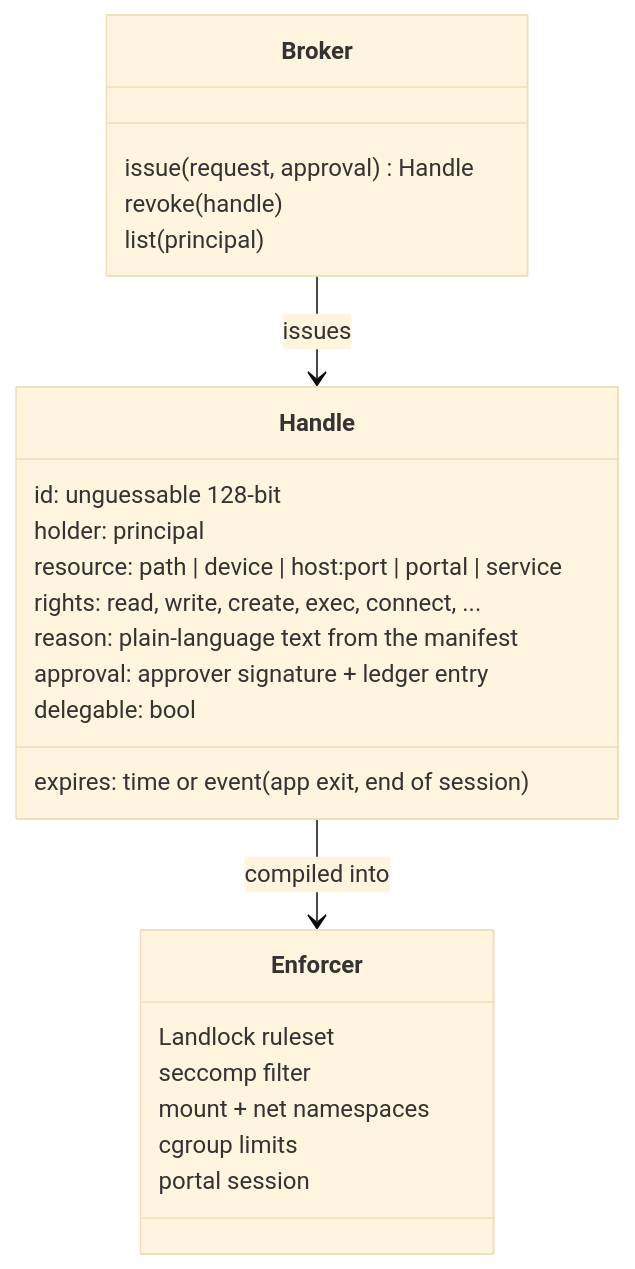
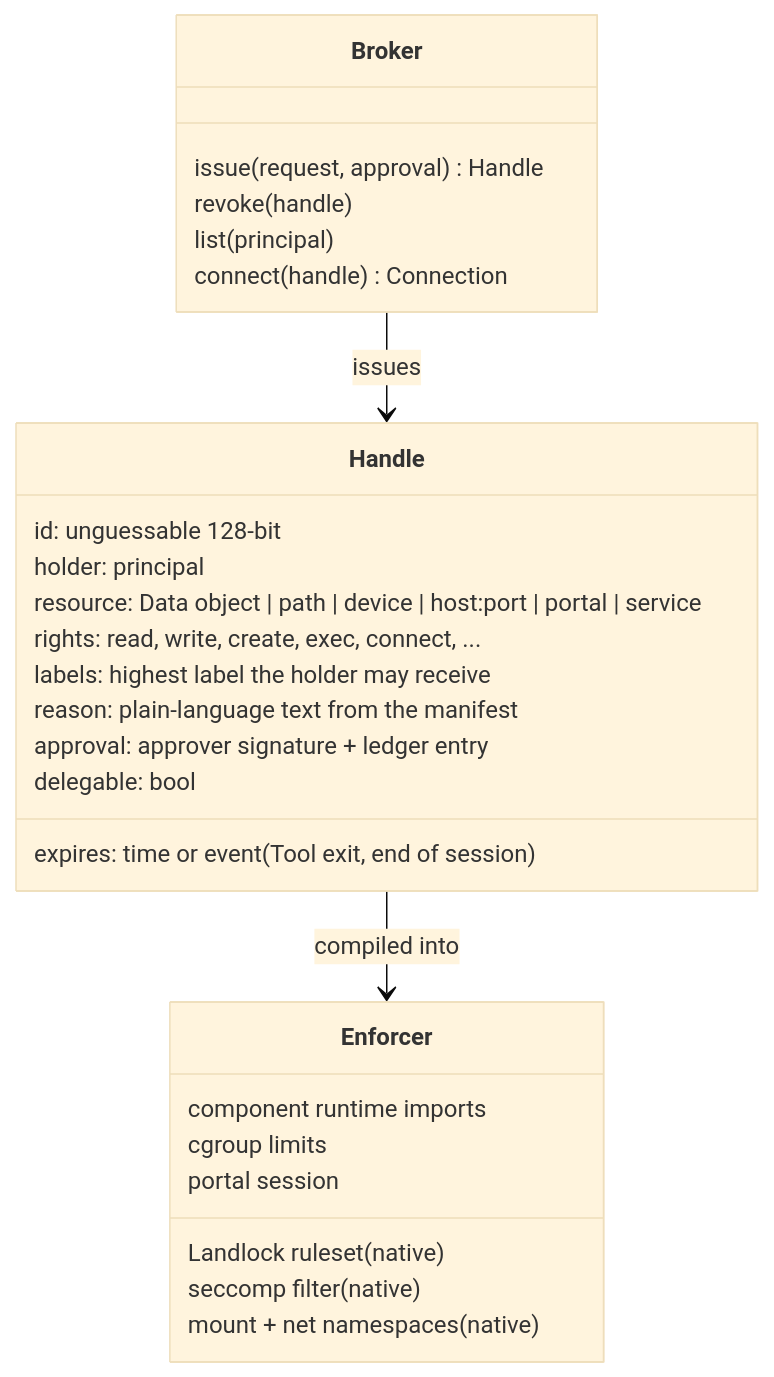
Before and after one commit to crowbaros/crowbaros: the second of 4 diagrams in docs/agent-first/design/capability-model.md, drawn with Mermaid (base theme). The commit also changed other lines of this file and 14 other files, not shown here.

````diff
--- a/docs/agent-first/design/capability-model.md
+++ b/docs/agent-first/design/capability-model.md
@@ -51,27 +65,30 @@
 ```mermaid
 classDiagram
     class Handle {
         id: unguessable 128-bit
         holder: principal
-        resource: path | device | host:port | portal | service
+        resource: Data object | path | device | host:port | portal | service
         rights: read, write, create, exec, connect, ...
-        expires: time or event (app exit, end of session)
+        labels: highest label the holder may receive
+        expires: time or event (Tool exit, end of session)
         reason: plain-language text from the manifest
         approval: approver signature + ledger entry
         delegable: bool
     }
     class Broker {
         issue(request, approval) Handle
         revoke(handle)
         list(principal)
+        connect(handle) Connection
     }
     class Enforcer {
-        Landlock ruleset
-        seccomp filter
-        mount + net namespaces
+        component runtime imports
+        Landlock ruleset (native)
+        seccomp filter (native)
+        mount + net namespaces (native)
         cgroup limits
         portal session
     }
     Broker --> Handle : issues
     Handle --> Enforcer : compiled into
 ```
````
